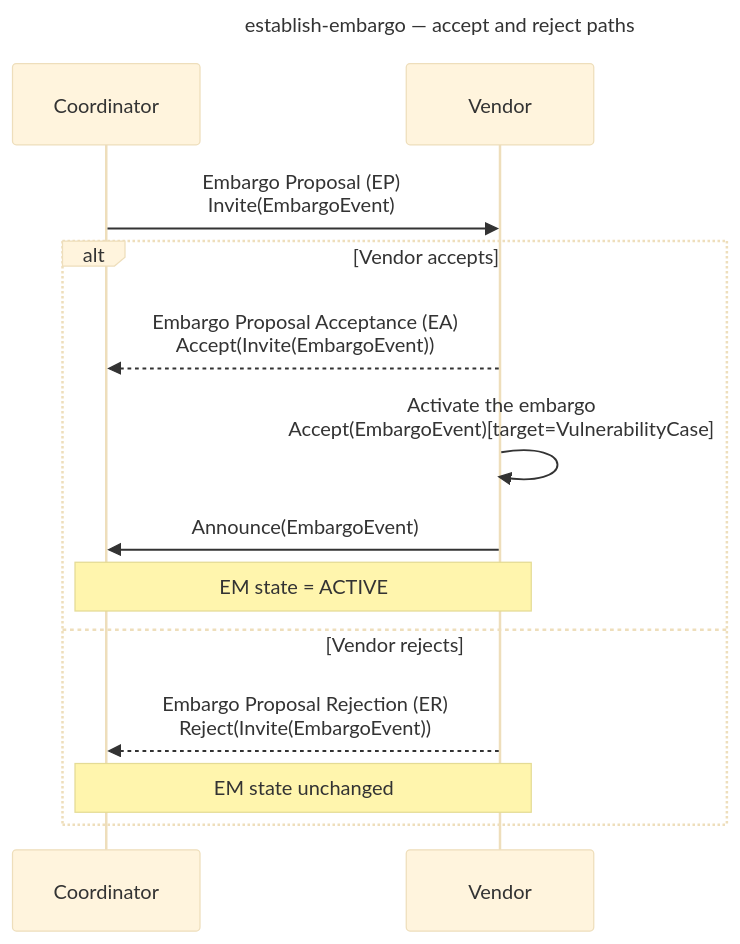
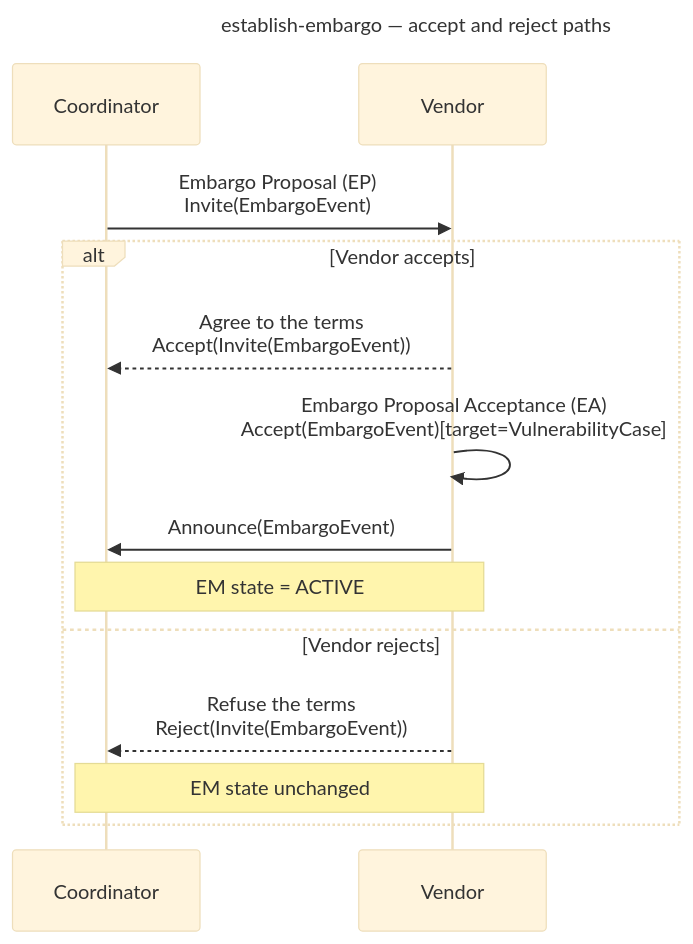
Before and after one commit to CERTCC/Vultron: the fifth of 9 diagrams in docs/tutorials/other_demos.md, drawn with Mermaid (base theme). The commit also changed other lines of this file and 42 other files, not shown here.

First line of the commit message:
feat(msm): tag the Case Owner's embargo decision with EA, EC, ER and EJ

````diff
--- a/docs/tutorials/other_demos.md
+++ b/docs/tutorials/other_demos.md
@@ -270,19 +270,19 @@
 ```mermaid
 ---
 title: establish-embargo — accept and reject paths
 ---
 sequenceDiagram
     participant C as Coordinator
     participant V as Vendor
 
     C->>V: Embargo Proposal (EP)<br/>Invite(EmbargoEvent)
     alt Vendor accepts
-        V-->>C: Embargo Proposal Acceptance (EA)<br/>Accept(Invite(EmbargoEvent))
-        V->>V: Activate the embargo<br/>Accept(EmbargoEvent)[target=VulnerabilityCase]
+        V-->>C: Agree to the terms<br/>Accept(Invite(EmbargoEvent))
+        V->>V: Embargo Proposal Acceptance (EA)<br/>Accept(EmbargoEvent)[target=VulnerabilityCase]
         V->>C: Announce(EmbargoEvent)
         Note over C,V: EM state = ACTIVE
     else Vendor rejects
-        V-->>C: Embargo Proposal Rejection (ER)<br/>Reject(Invite(EmbargoEvent))
+        V-->>C: Refuse the terms<br/>Reject(Invite(EmbargoEvent))
         Note over C,V: EM state unchanged
     end
 ```
````
